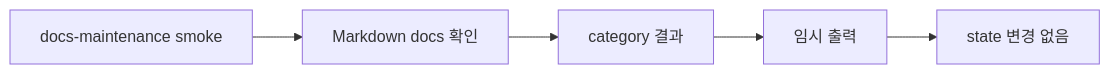
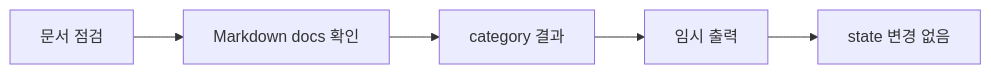
One commit to minjungw00/Harness_Project changed the first of 9 diagrams in docs/ko/reference/operations-and-conformance.md. Above: the diagram before and after it, drawn with Mermaid. The commit also changed other lines of this file and 21 other files, not shown here.

````diff
--- a/docs/ko/reference/operations-and-conformance.md
+++ b/docs/ko/reference/operations-and-conformance.md
@@ -163,7 +167,7 @@
 ```mermaid
 flowchart LR
-  Start["docs-maintenance smoke"] --> Check["Markdown docs 확인"]
+  Start["문서 점검"] --> Check["Markdown docs 확인"]
   Check --> Report["category 결과"]
   Report --> Output["임시 출력"]
   Output --> Hold["state 변경 없음"]
 ```
````
